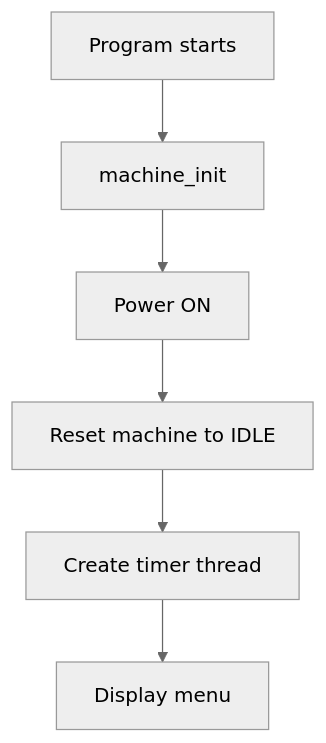
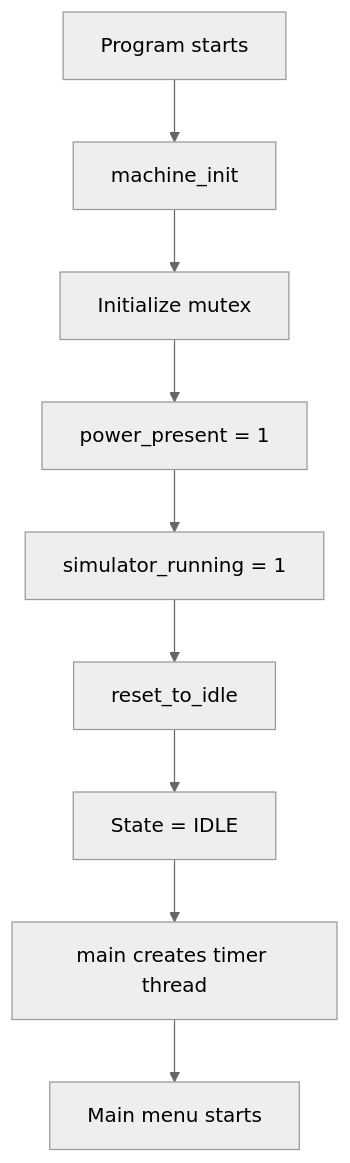
Before and after one commit to BMMADHUMITHA/weighted_rr: the first of 19 diagrams in README.md, drawn with Mermaid (neutral theme). The commit also changed other lines of this file, not shown here.

````diff
--- a/README.md
+++ b/README.md
@@ -119,8 +92,11 @@
 ```mermaid
 flowchart TD
     A[Program starts] --> B[machine_init]
-    B --> C[Power ON]
-    C --> D[Reset machine to IDLE]
-    D --> E[Create timer thread]
-    E --> F[Display menu]
+    B --> C[Initialize mutex]
+    C --> D[power_present = 1]
+    D --> E[simulator_running = 1]
+    E --> F[reset_to_idle]
+    F --> G[State = IDLE]
+    G --> H[main creates timer thread]
+    H --> I[Main menu starts]
 ```
````
